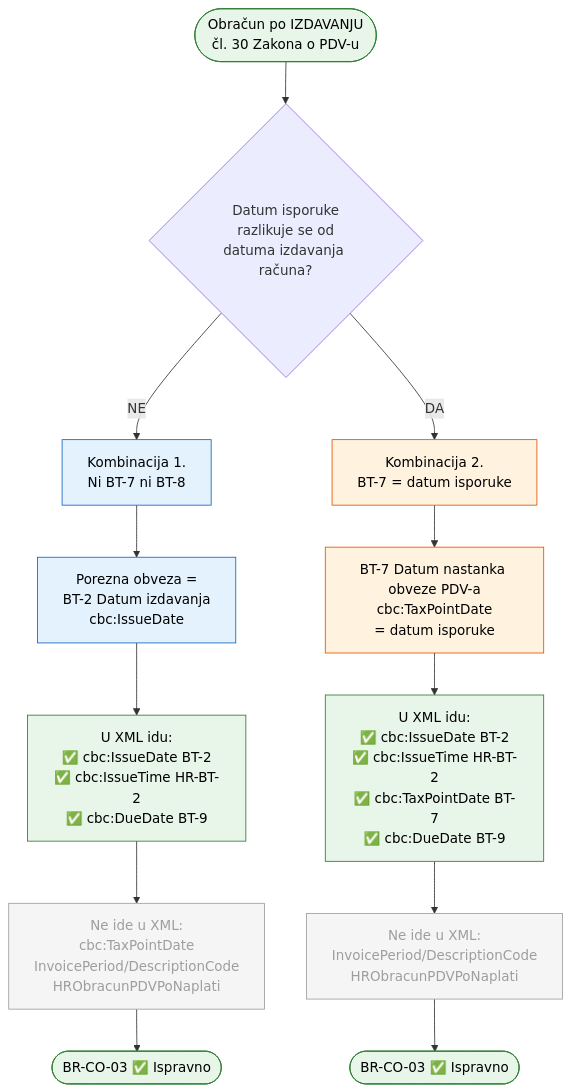
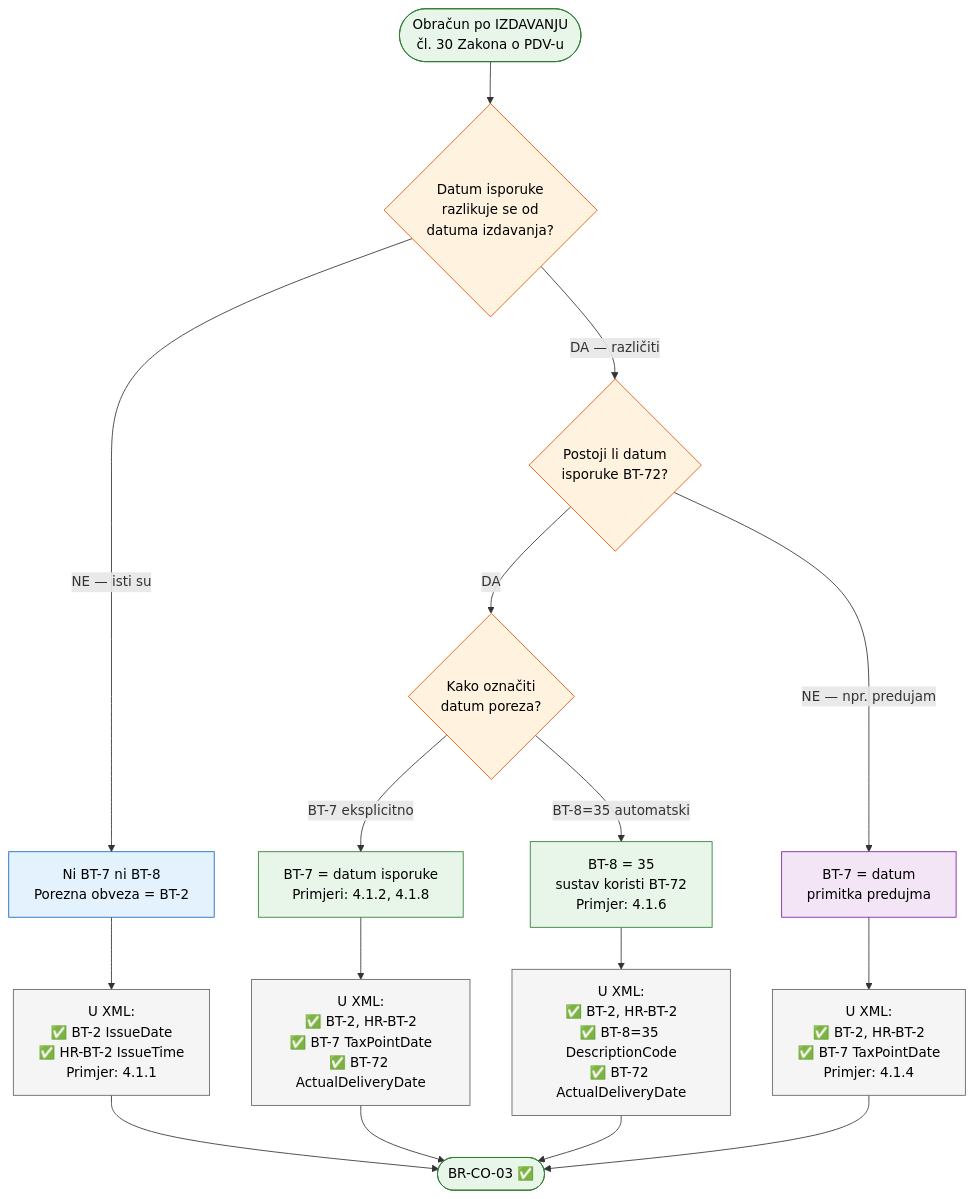
One commit to dageci/eracun-fiskalizacija-datumi changed the second of 3 diagrams in docs/eracun-datumi-poreza-workflow.md. Above: the diagram before and after it, drawn with Mermaid. The commit also changed 1 other file, not shown here.

Commit message:
prosiren Slucaj 1 flowchart - sve kombinacije s BT-72 i BT-8=35
4 puta umjesto 2: isti dan (ni BT-7 ni BT-8), razlicit s BT-7
eksplicitno, razlicit s BT-8=35 automatski, predujam bez BT-72.
Svaki put referira na konkretne primjere (4.1.1, 4.1.2, 4.1.4, 4.1.6, 4.1.8).

````diff
--- a/docs/eracun-datumi-poreza-workflow.md
+++ b/docs/eracun-datumi-poreza-workflow.md
@@ -121,32 +121,38 @@
 ```mermaid
 flowchart TD
     A([Obračun po IZDAVANJU<br>čl. 30 Zakona o PDV-u])
-    A --> B{Datum isporuke<br>razlikuje se od<br>datuma izdavanja računa?}
+    A --> B{Datum isporuke<br>razlikuje se od<br>datuma izdavanja?}
 
-    B -->|NE| C[Kombinacija 1.<br>Ni BT-7 ni BT-8]
-    B -->|DA| D[Kombinacija 2.<br>BT-7 = datum isporuke]
+    B -->|NE — isti su| PATH1[Ni BT-7 ni BT-8<br>Porezna obveza = BT-2]
+    B -->|DA — različiti| BT72{Postoji li datum<br>isporuke BT-72?}
 
-    C --> C1[Porezna obveza =<br>BT-2 Datum izdavanja<br>cbc:IssueDate]
-    D --> D1[BT-7 Datum nastanka obveze PDV-a<br>cbc:TaxPointDate<br>= datum isporuke]
+    BT72 -->|DA| METHOD{Kako označiti<br>datum poreza?}
+    BT72 -->|NE — npr. predujam| PATH4[BT-7 = datum<br>primitka predujma]
 
-    C1 --> XML1[U XML idu:<br>✅ cbc:IssueDate BT-2<br>✅ cbc:IssueTime HR-BT-2<br>✅ cbc:DueDate BT-9]
-    D1 --> XML2[U XML idu:<br>✅ cbc:IssueDate BT-2<br>✅ cbc:IssueTime HR-BT-2<br>✅ cbc:TaxPointDate BT-7<br>✅ cbc:DueDate BT-9]
+    METHOD -->|BT-7 eksplicitno| PATH2[BT-7 = datum isporuke<br>Primjeri: 4.1.2, 4.1.8]
+    METHOD -->|BT-8=35 automatski| PATH3[BT-8 = 35<br>sustav koristi BT-72<br>Primjer: 4.1.6]
 
-    XML1 --> N1[Ne ide u XML:<br>cbc:TaxPointDate<br>InvoicePeriod/DescriptionCode<br>HRObracunPDVPoNaplati]
-    XML2 --> N2[Ne ide u XML:<br>InvoicePeriod/DescriptionCode<br>HRObracunPDVPoNaplati]
+    PATH1 --> XML1[U XML:<br>✅ BT-2 IssueDate<br>✅ HR-BT-2 IssueTime<br>Primjer: 4.1.1]
+    PATH2 --> XML2[U XML:<br>✅ BT-2, HR-BT-2<br>✅ BT-7 TaxPointDate<br>✅ BT-72 ActualDeliveryDate]
+    PATH3 --> XML3[U XML:<br>✅ BT-2, HR-BT-2<br>✅ BT-8=35 DescriptionCode<br>✅ BT-72 ActualDeliveryDate]
+    PATH4 --> XML4[U XML:<br>✅ BT-2, HR-BT-2<br>✅ BT-7 TaxPointDate<br>Primjer: 4.1.4]
 
-    N1 --> OK1([BR-CO-03 ✅ Ispravno])
-    N2 --> OK2([BR-CO-03 ✅ Ispravno])
+    XML1 --> OK([BR-CO-03 ✅])
+    XML2 --> OK
+    XML3 --> OK
+    XML4 --> OK
 
     style A fill:#e8f5e9,stroke:#2e7d32,color:#000
-    style C fill:#e3f2fd,stroke:#1565c0,color:#000
-    style D fill:#fff3e0,stroke:#e65100,color:#000
-    style C1 fill:#e3f2fd,stroke:#1565c0,color:#000
-    style D1 fill:#fff3e0,stroke:#e65100,color:#000
-    style XML1 fill:#e8f5e9,stroke:#2e7d32,color:#000
-    style XML2 fill:#e8f5e9,stroke:#2e7d32,color:#000
-    style N1 fill:#f5f5f5,stroke:#9e9e9e,color:#9e9e9e
-    style N2 fill:#f5f5f5,stroke:#9e9e9e,color:#9e9e9e
-    style OK1 fill:#e8f5e9,stroke:#2e7d32,color:#000
-    style OK2 fill:#e8f5e9,stroke:#2e7d32,color:#000
+    style B fill:#fff3e0,stroke:#e65100,color:#000
+    style BT72 fill:#fff3e0,stroke:#e65100,color:#000
+    style METHOD fill:#fff3e0,stroke:#e65100,color:#000
+    style PATH1 fill:#e3f2fd,stroke:#1565c0,color:#000
+    style PATH2 fill:#e8f5e9,stroke:#2e7d32,color:#000
+    style PATH3 fill:#e8f5e9,stroke:#2e7d32,color:#000
+    style PATH4 fill:#f3e5f5,stroke:#7b1fa2,color:#000
+    style XML1 fill:#f5f5f5,stroke:#616161,color:#000
+    style XML2 fill:#f5f5f5,stroke:#616161,color:#000
+    style XML3 fill:#f5f5f5,stroke:#616161,color:#000
+    style XML4 fill:#f5f5f5,stroke:#616161,color:#000
+    style OK fill:#e8f5e9,stroke:#2e7d32,color:#000
 ```
````
